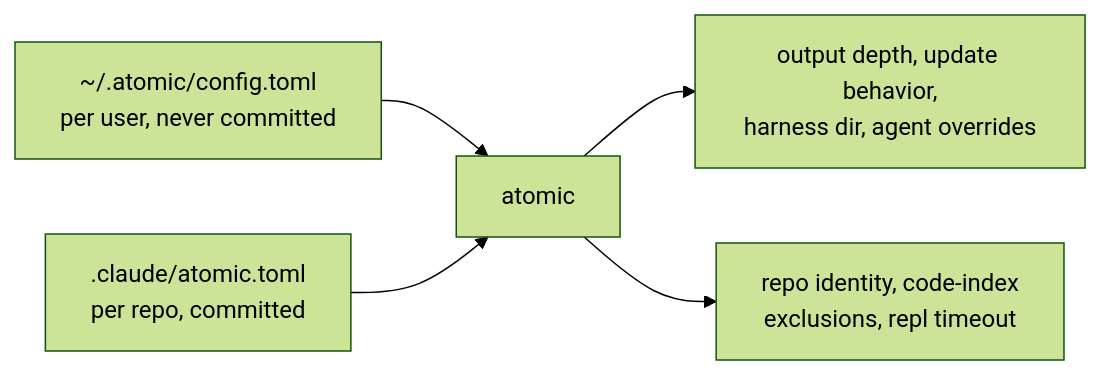
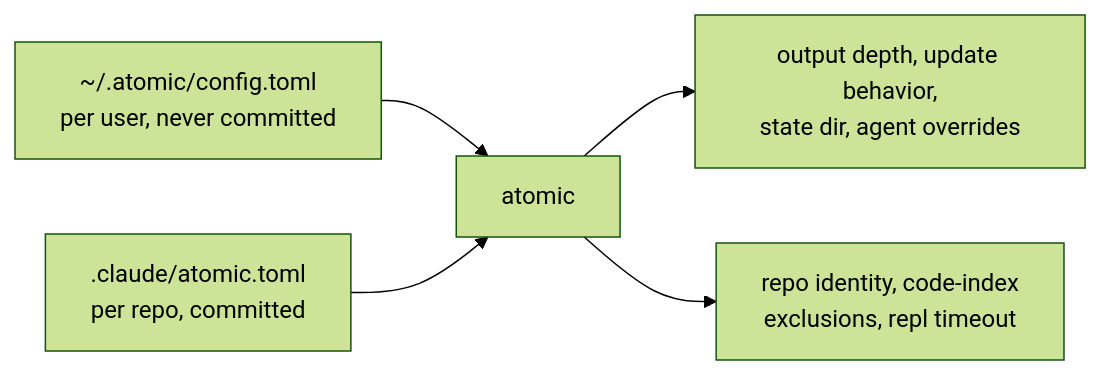
The diagram in docs/reference/atomic-toml.md (damusix/atomic-claude), drawn with Mermaid (forest theme) before and after one commit. The commit also changed 7 other files, not shown here.

````diff
--- a/docs/reference/atomic-toml.md
+++ b/docs/reference/atomic-toml.md
@@ -7,7 +7,7 @@
 ```mermaid
 flowchart LR
     A["~/.atomic/config.toml<br/>per user, never committed"] --> C["atomic"]
     B[".claude/atomic.toml<br/>per repo, committed"] --> C
-    C --> D["output depth, update behavior,<br/>harness dir, agent overrides"]
+    C --> D["output depth, update behavior,<br/>state dir, agent overrides"]
     C --> E["repo identity, code-index<br/>exclusions, repl timeout"]
 ```
````
